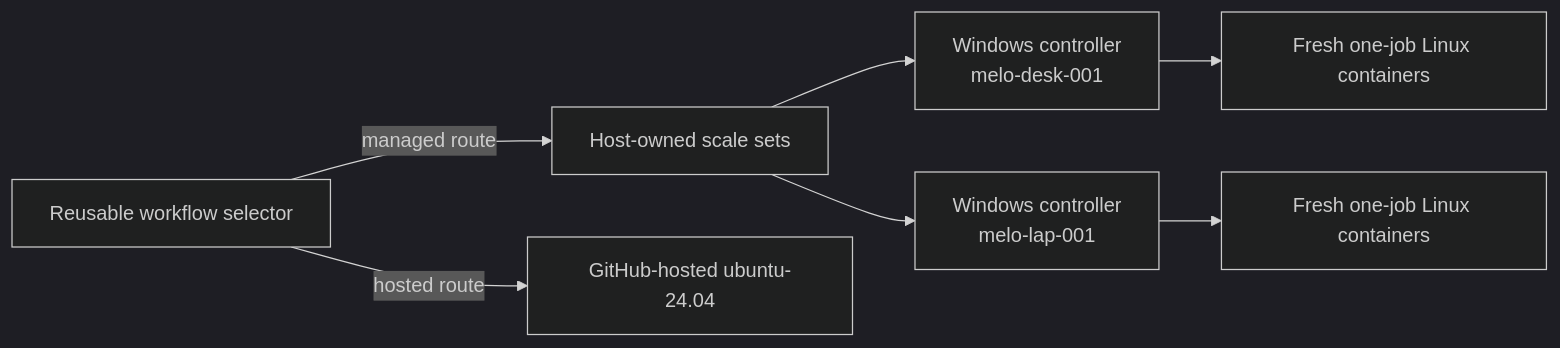
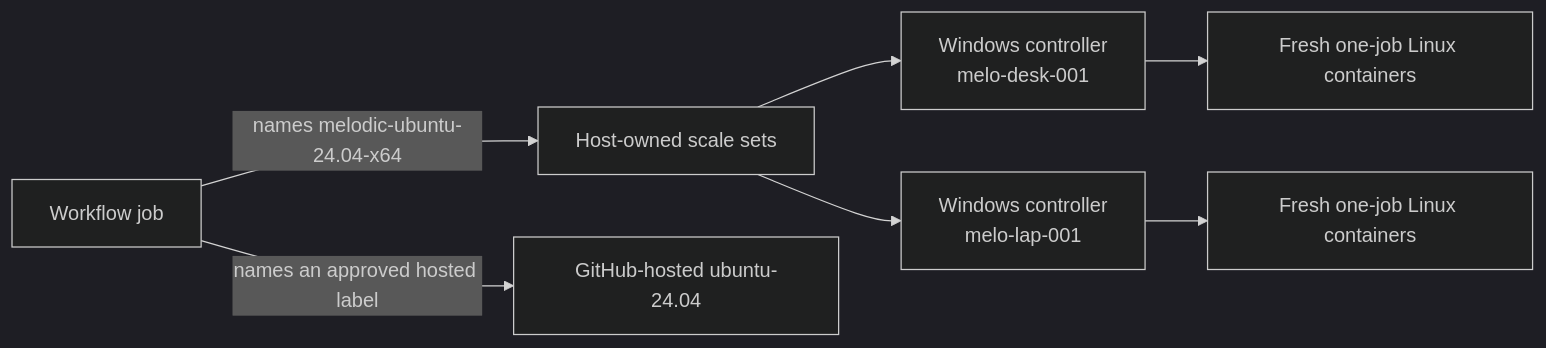
The diagram in README.md (melodic-software/ci-runner), drawn with Mermaid (dark theme) before and after one commit. The commit also changed other lines of this file and 4 other files, not shown here.

````diff
--- a/README.md
+++ b/README.md
@@ -18,9 +19,9 @@
 ```mermaid
 flowchart LR
-    W["Reusable workflow selector"] -->|"managed route"| S["Host-owned scale sets"]
-    W -->|"hosted route"| H["GitHub-hosted ubuntu-24.04"]
+    W["Workflow job"] -->|"names melodic-ubuntu-24.04-x64"| S["Host-owned scale sets"]
+    W -->|"names an approved hosted label"| H["GitHub-hosted ubuntu-24.04"]
     S --> C1["Windows controller\nmelo-desk-001"]
     S --> C2["Windows controller\nmelo-lap-001"]
     C1 --> D1["Fresh one-job Linux containers"]
     C2 --> D2["Fresh one-job Linux containers"]
 ```
````
